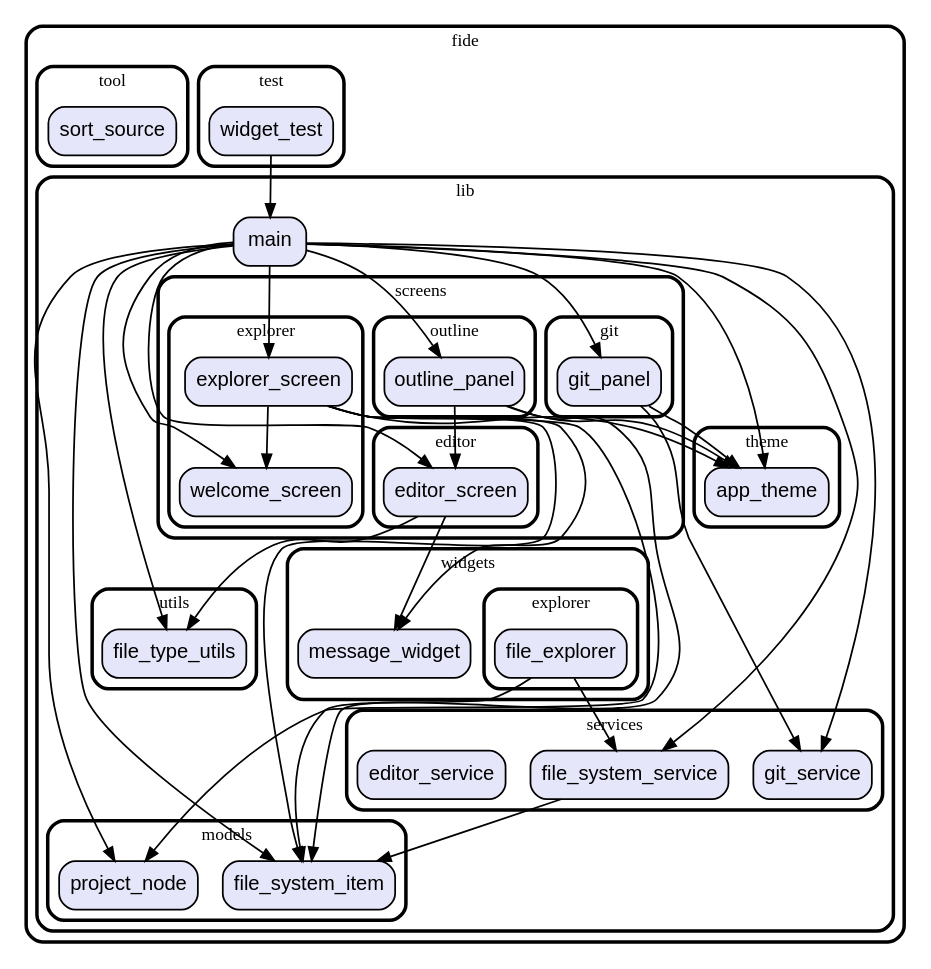
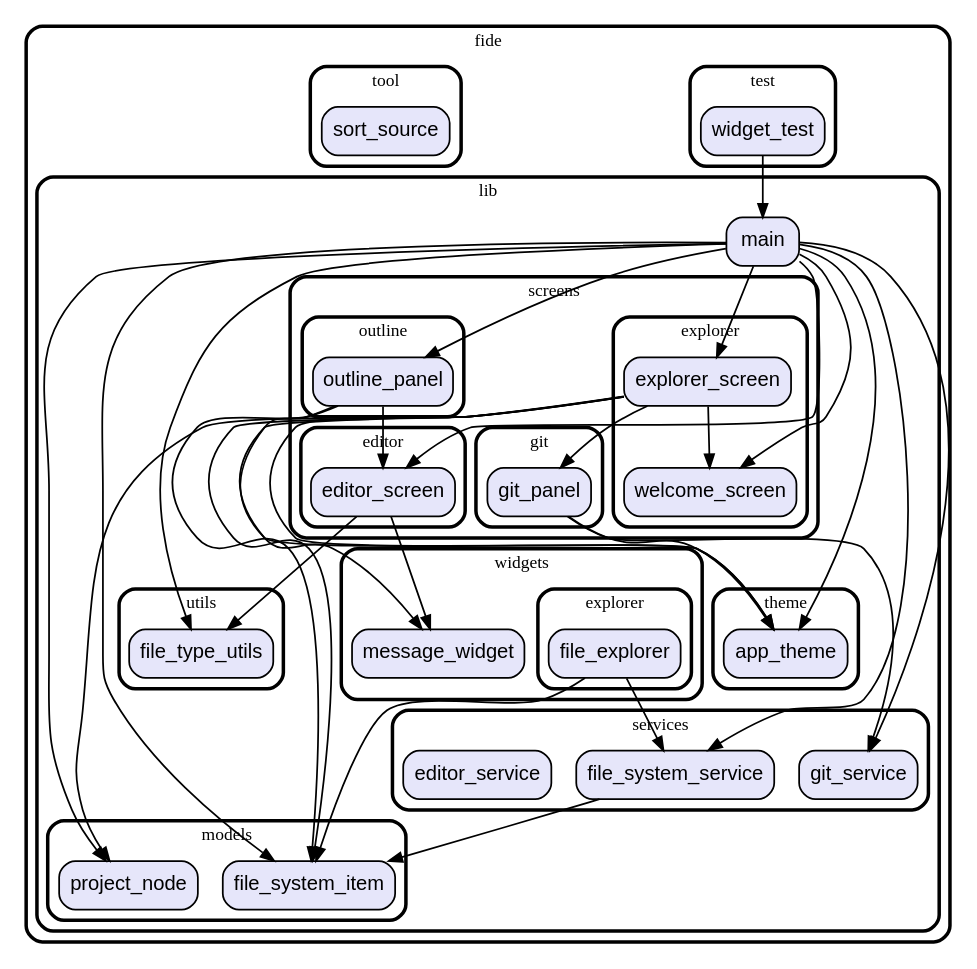
The diagram in graph.dot (vteam-com/FIDE), drawn with Graphviz before and after one commit. The commit also changed 3 other files, not shown here.

```diff
--- a/graph.dot
+++ b/graph.dot
@@ -1,111 +1,111 @@
 digraph "" {
   graph [style=rounded fontname="Arial Black" fontsize=13 penwidth=2.6];
   node [shape=rect style="filled,rounded" fontname=Arial fontsize=15 fillcolor=Lavender penwidth=1.3];
   edge [penwidth=1.3];
   "/test/widget_test.dart" [label="widget_test"];
   "/lib/utils/file_type_utils.dart" [label="file_type_utils"];
   "/lib/models/project_node.dart" [label="project_node"];
   "/lib/models/file_system_item.dart" [label="file_system_item"];
   "/lib/screens/explorer/explorer_screen.dart" [label="explorer_screen"];
   "/lib/screens/explorer/welcome_screen.dart" [label="welcome_screen"];
   "/lib/screens/outline/outline_panel.dart" [label="outline_panel"];
   "/lib/screens/editor/editor_screen.dart" [label="editor_screen"];
   "/lib/screens/git/git_panel.dart" [label="git_panel"];
   "/lib/main.dart" [label="main"];
   "/lib/theme/app_theme.dart" [label="app_theme"];
   "/lib/services/git_service.dart" [label="git_service"];
   "/lib/services/file_system_service.dart" [label="file_system_service"];
   "/lib/services/editor_service.dart" [label="editor_service"];
   "/lib/widgets/explorer/file_explorer.dart" [label="file_explorer"];
   "/lib/widgets/message_widget.dart" [label="message_widget"];
   "/tool/sort_source.dart" [label="sort_source"];
   subgraph "cluster~" {
     label="fide";
     subgraph "cluster~/test" {
       label="test";
       "/test/widget_test.dart";
     }
     subgraph "cluster~/lib" {
       label="lib";
       "/lib/main.dart";
       subgraph "cluster~/lib/utils" {
         label="utils";
         "/lib/utils/file_type_utils.dart";
       }
       subgraph "cluster~/lib/models" {
         label="models";
         "/lib/models/project_node.dart";
         "/lib/models/file_system_item.dart";
       }
       subgraph "cluster~/lib/screens" {
         label="screens";
         subgraph "cluster~/lib/screens/explorer" {
           label="explorer";
           "/lib/screens/explorer/explorer_screen.dart";
           "/lib/screens/explorer/welcome_screen.dart";
         }
         subgraph "cluster~/lib/screens/outline" {
           label="outline";
           "/lib/screens/outline/outline_panel.dart";
         }
         subgraph "cluster~/lib/screens/editor" {
           label="editor";
           "/lib/screens/editor/editor_screen.dart";
         }
         subgraph "cluster~/lib/screens/git" {
           label="git";
           "/lib/screens/git/git_panel.dart";
         }
       }
       subgraph "cluster~/lib/theme" {
         label="theme";
         "/lib/theme/app_theme.dart";
       }
       subgraph "cluster~/lib/services" {
         label="services";
         "/lib/services/git_service.dart";
         "/lib/services/file_system_service.dart";
         "/lib/services/editor_service.dart";
       }
       subgraph "cluster~/lib/widgets" {
         label="widgets";
         "/lib/widgets/message_widget.dart";
         subgraph "cluster~/lib/widgets/explorer" {
           label="explorer";
           "/lib/widgets/explorer/file_explorer.dart";
         }
       }
     }
     subgraph "cluster~/tool" {
       label="tool";
       "/tool/sort_source.dart";
     }
   }
   "/test/widget_test.dart" -> "/lib/main.dart";
   "/lib/screens/explorer/explorer_screen.dart" -> "/lib/models/project_node.dart";
   "/lib/screens/explorer/explorer_screen.dart" -> "/lib/models/file_system_item.dart";
   "/lib/screens/explorer/explorer_screen.dart" -> "/lib/widgets/message_widget.dart";
   "/lib/screens/explorer/explorer_screen.dart" -> "/lib/screens/explorer/welcome_screen.dart";
+  "/lib/screens/explorer/explorer_screen.dart" -> "/lib/screens/git/git_panel.dart";
   "/lib/screens/explorer/explorer_screen.dart" -> "/lib/theme/app_theme.dart";
   "/lib/screens/outline/outline_panel.dart" -> "/lib/theme/app_theme.dart";
   "/lib/screens/outline/outline_panel.dart" -> "/lib/models/file_system_item.dart";
   "/lib/screens/outline/outline_panel.dart" -> "/lib/screens/editor/editor_screen.dart";
   "/lib/screens/editor/editor_screen.dart" -> "/lib/widgets/message_widget.dart";
   "/lib/screens/editor/editor_screen.dart" -> "/lib/utils/file_type_utils.dart";
   "/lib/screens/git/git_panel.dart" -> "/lib/theme/app_theme.dart";
   "/lib/screens/git/git_panel.dart" -> "/lib/services/git_service.dart";
   "/lib/main.dart" -> "/lib/screens/explorer/explorer_screen.dart";
   "/lib/main.dart" -> "/lib/screens/explorer/welcome_screen.dart";
   "/lib/main.dart" -> "/lib/screens/editor/editor_screen.dart";
   "/lib/main.dart" -> "/lib/screens/outline/outline_panel.dart";
-  "/lib/main.dart" -> "/lib/screens/git/git_panel.dart";
   "/lib/main.dart" -> "/lib/services/file_system_service.dart";
   "/lib/main.dart" -> "/lib/services/git_service.dart";
   "/lib/main.dart" -> "/lib/theme/app_theme.dart";
   "/lib/main.dart" -> "/lib/models/file_system_item.dart";
   "/lib/main.dart" -> "/lib/models/project_node.dart";
   "/lib/main.dart" -> "/lib/utils/file_type_utils.dart";
   "/lib/services/file_system_service.dart" -> "/lib/models/file_system_item.dart";
   "/lib/widgets/explorer/file_explorer.dart" -> "/lib/services/file_system_service.dart";
   "/lib/widgets/explorer/file_explorer.dart" -> "/lib/models/file_system_item.dart";
 }
```
